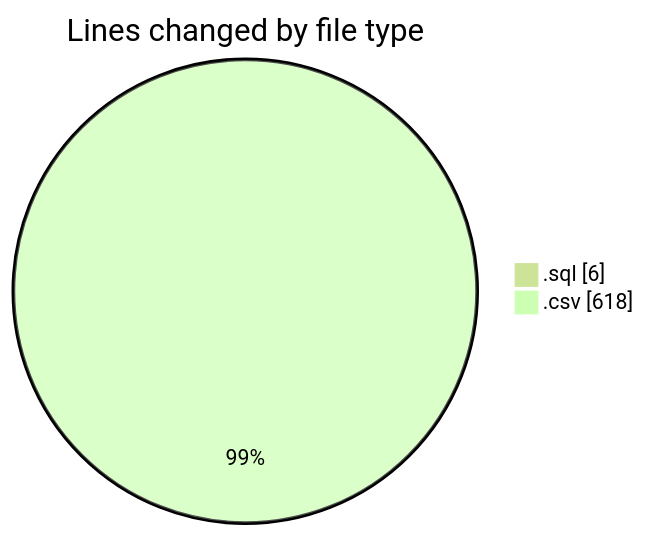
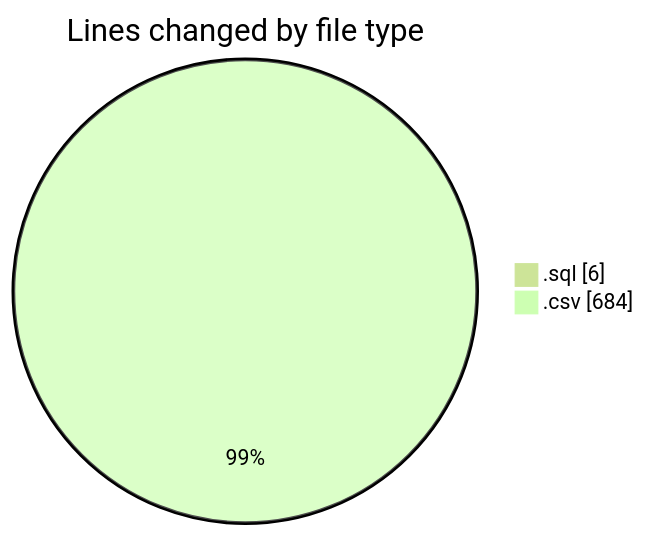
One commit to ricardozamudiocil/code-tracking changed the first of 2 diagrams in 2026-05-29/cilapp/README.md. Above: the diagram before and after it, drawn with Mermaid (forest theme). The commit also changed other lines of this file and 1 other file, not shown here.

````diff
--- a/2026-05-29/cilapp/README.md
+++ b/2026-05-29/cilapp/README.md
@@ -21,6 +21,6 @@
 ```mermaid
 pie showData
 title Lines changed by file type
 ".sql" : 6
-".csv" : 618
+".csv" : 684
 ```
````
